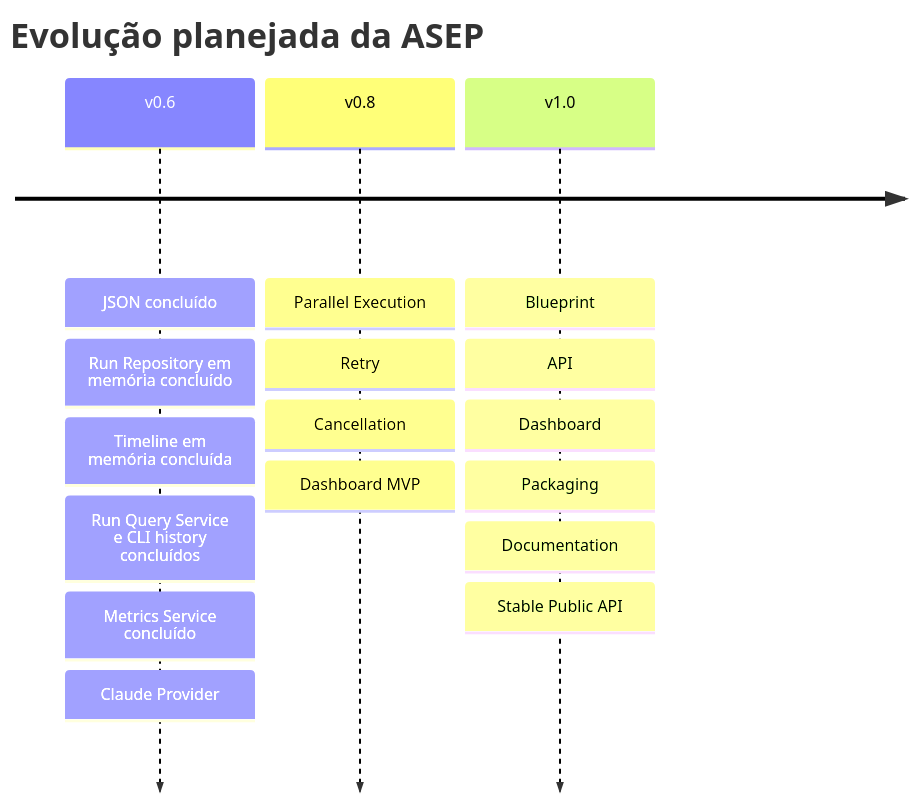
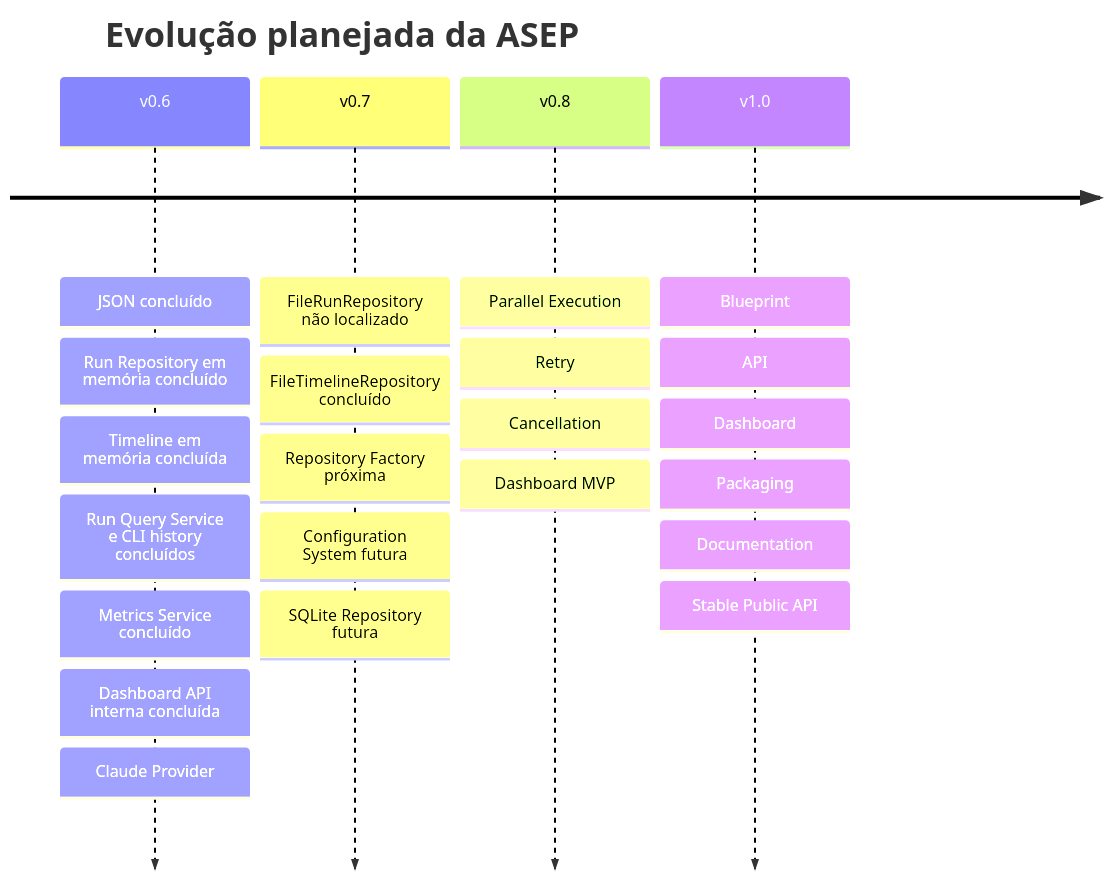
The diagram in docs/architecture/Roadmap.md (paul-92/fabrica-de-software), drawn with Mermaid before and after one commit. The commit also changed other lines of this file and 18 other files, not shown here.

Commit message:
feat: add file timeline repository

````diff
--- a/docs/architecture/Roadmap.md
+++ b/docs/architecture/Roadmap.md
@@ -8,20 +8,26 @@
 ```mermaid
 timeline
     title Evolução planejada da ASEP
     v0.6 : JSON concluído
          : Run Repository em memória concluído
          : Timeline em memória concluída
          : Run Query Service e CLI history concluídos
          : Metrics Service concluído
+         : Dashboard API interna concluída
          : Claude Provider
+    v0.7 : FileRunRepository não localizado
+         : FileTimelineRepository concluído
+         : Repository Factory próxima
+         : Configuration System futura
+         : SQLite Repository futura
     v0.8 : Parallel Execution
          : Retry
          : Cancellation
          : Dashboard MVP
     v1.0 : Blueprint
          : API
          : Dashboard
          : Packaging
          : Documentation
          : Stable Public API
 ```
````
